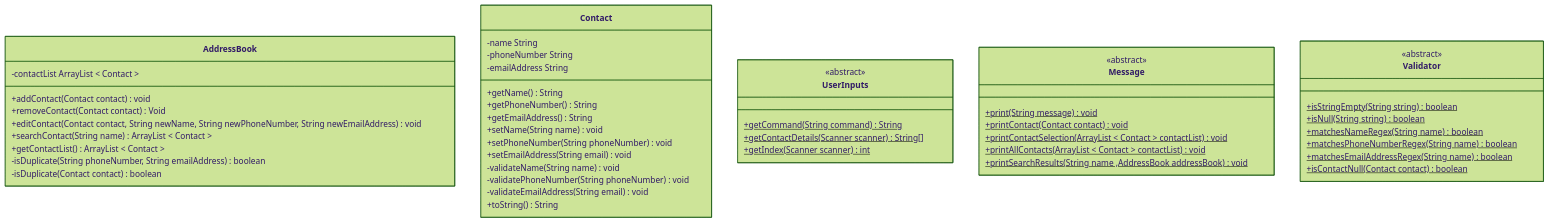
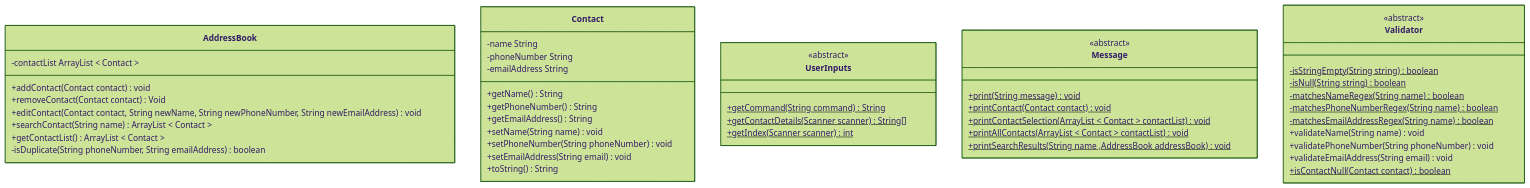
The diagram in docs/domain-models-test-plan.md (fabiodplacerda/Address-book), drawn with Mermaid (forest theme) before and after one commit. The commit also changed other lines of this file, not shown here.

Commit message:
UPDATE: updated Class Diagram

````diff
--- a/docs/domain-models-test-plan.md
+++ b/docs/domain-models-test-plan.md
@@ -104,55 +104,54 @@
 ```mermaid
 classDiagram
     class AddressBook {
         -contactList ArrayList < Contact >
         +addContact(Contact contact) void
         +removeContact(Contact contact) Void
         +editContact(Contact contact, String newName, String newPhoneNumber, String newEmailAddress) void
         +searchContact(String name) ArrayList < Contact >
         +getContactList() ArrayList < Contact >
         -isDuplicate(String phoneNumber, String emailAddress) boolean
-        -isDuplicate(Contact contact) boolean
     }
 
     class Contact {
         -name String
         -phoneNumber String
         -emailAddress String
         +getName() String
         +getPhoneNumber() String
         +getEmailAddress() String
         +setName(String name) void
         +setPhoneNumber(String phoneNumber) void
         +setEmailAddress(String email) void
-        -validateName(String name) void
-        -validatePhoneNumber(String phoneNumber) void
-        -validateEmailAddress(String email) void
         +toString() String
     }
 
     class UserInputs {
         <<abstract>>
         +getCommand(String command)$ String
         +getContactDetails(Scanner scanner)$ String[]
         +getIndex(Scanner scanner)$ int
     }
     class Message {
         <<abstract>>
         +print(String message)$ void
         +printContact(Contact contact)$ void
         +printContactSelection(ArrayList < Contact > contactList)$ void
         +printAllContacts(ArrayList < Contact > contactList)$ void
         +printSearchResults(String name ,AddressBook addressBook)$ void
     }
 
     class Validator {
         <<abstract>>
-        +isStringEmpty(String string)$ boolean
-        +isNull(String string)$ boolean
-        +matchesNameRegex(String name)$ boolean
-        +matchesPhoneNumberRegex(String name)$ boolean
-        +matchesEmailAddressRegex(String name)$ boolean
+        -isStringEmpty(String string)$ boolean
+        -isNull(String string)$ boolean
+        -matchesNameRegex(String name)$ boolean
+        -matchesPhoneNumberRegex(String name)$ boolean
+        -matchesEmailAddressRegex(String name)$ boolean
+        +validateName(String name) void
+        +validatePhoneNumber(String phoneNumber) void
+        +validateEmailAddress(String email) void
         +isContactNull(Contact contact)$ boolean
     }
 
 ```
````
